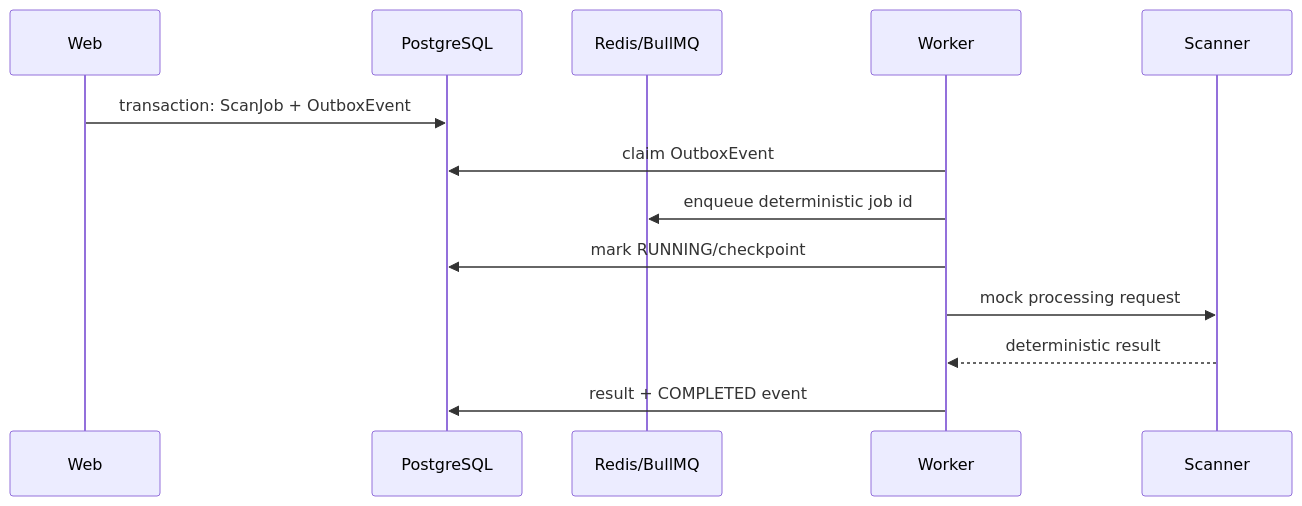
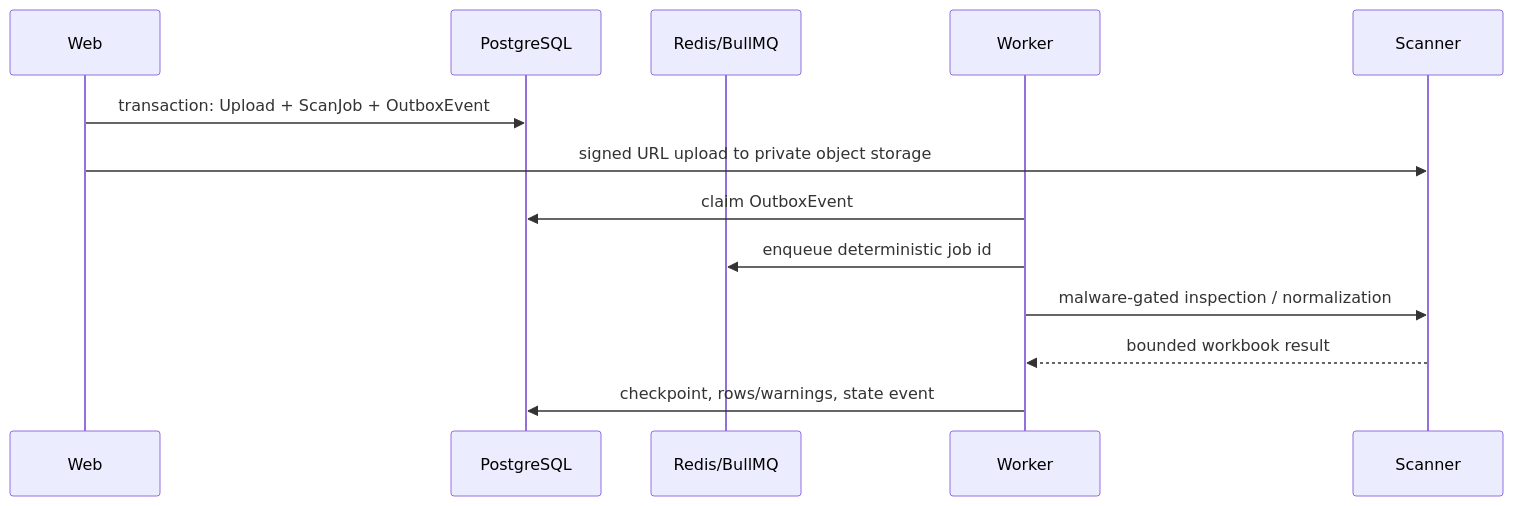
Before and after one commit to RealJabran/rizpoint-sourcing-os: the diagram in docs/ARCHITECTURE.md, drawn with Mermaid. The commit also changed other lines of this file and 41 other files, not shown here.

````diff
--- a/docs/ARCHITECTURE.md
+++ b/docs/ARCHITECTURE.md
@@ -14,15 +14,15 @@
 ```mermaid
 sequenceDiagram
   participant W as Web
   participant P as PostgreSQL
   participant Q as Redis/BullMQ
   participant K as Worker
   participant S as Scanner
-  W->>P: transaction: ScanJob + OutboxEvent
+  W->>P: transaction: Upload + ScanJob + OutboxEvent
+  W->>S: signed URL upload to private object storage
   K->>P: claim OutboxEvent
   K->>Q: enqueue deterministic job id
-  K->>P: mark RUNNING/checkpoint
-  K->>S: mock processing request
-  S-->>K: deterministic result
-  K->>P: result + COMPLETED event
+  K->>S: malware-gated inspection / normalization
+  S-->>K: bounded workbook result
+  K->>P: checkpoint, rows/warnings, state event
 ```
````
